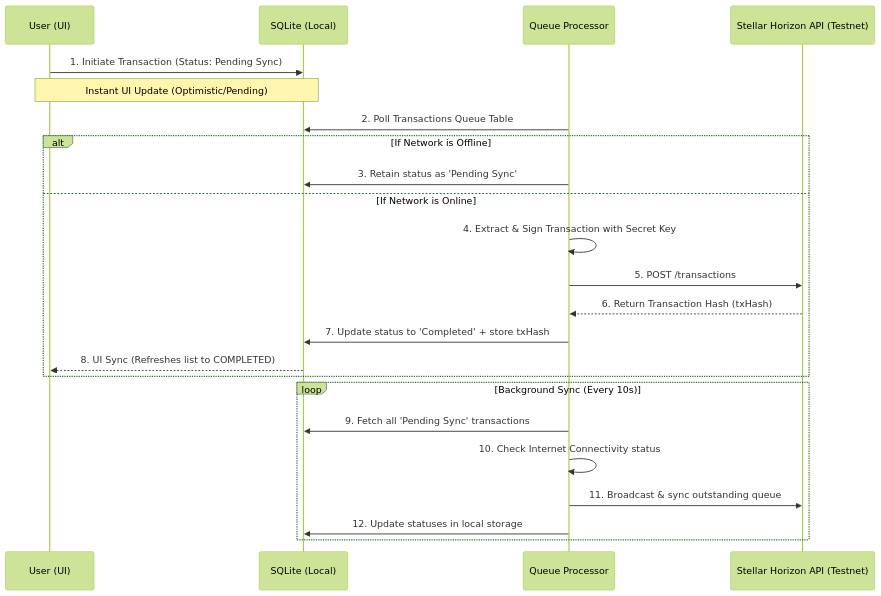
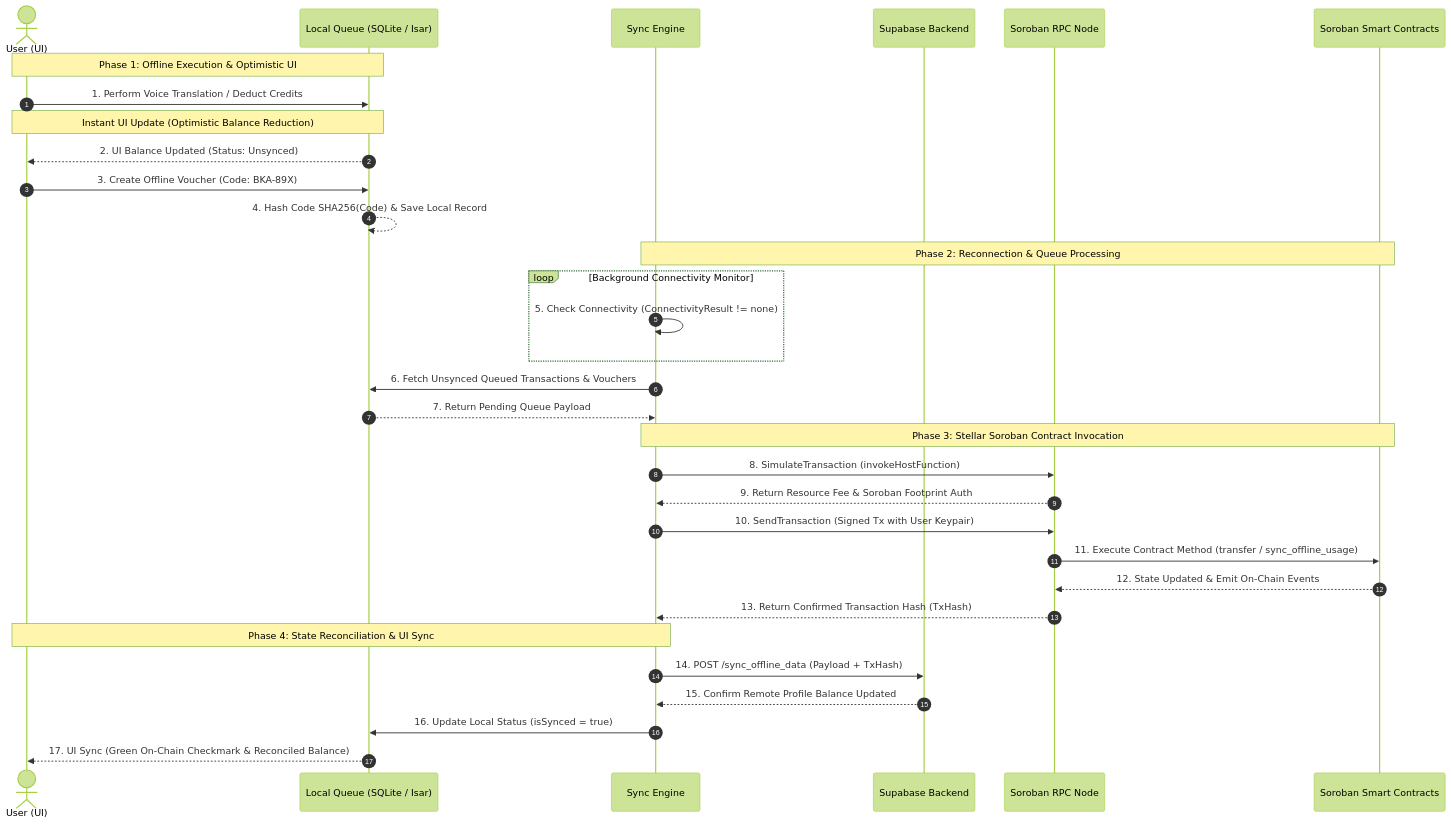
The diagram in README.md (RudrakshRakeshZodage/AI_Translator), drawn with Mermaid (forest theme) before and after one commit. The commit also changed other lines of this file and 2 other files, not shown here.

````diff
--- a/README.md
+++ b/README.md
@@ -23,29 +39,41 @@
 ```mermaid
 sequenceDiagram
-    participant User as User (UI)
-    participant DB as SQLite (Local)
-    participant QP as Queue Processor
-    participant Web3 as Stellar Horizon API (Testnet)
+    autonumber
+    actor User as User (UI)
+    participant LocalDB as Local Queue (SQLite / Isar)
+    participant Sync as Sync Engine
+    participant Supabase as Supabase Backend
+    participant RPC as Soroban RPC Node
+    participant Contract as Soroban Smart Contracts
 
-    User->>DB: 1. Initiate Transaction (Status: Pending Sync)
-    Note over User, DB: Instant UI Update (Optimistic/Pending)
+    note over User,LocalDB: Phase 1: Offline Execution & Optimistic UI
+    User->>LocalDB: 1. Perform Voice Translation / Deduct Credits
+    note over User,LocalDB: Instant UI Update (Optimistic Balance Reduction)
+    LocalDB-->>User: 2. UI Balance Updated (Status: Unsynced)
+    
+    User->>LocalDB: 3. Create Offline Voucher (Code: BKA-89X)
+    LocalDB-->>LocalDB: 4. Hash Code SHA256(Code) & Save Local Record
 
-    QP->>DB: 2. Poll Transactions Queue Table
+    note over Sync,Contract: Phase 2: Reconnection & Queue Processing
+    loop Background Connectivity Monitor
+        Sync->>Sync: 5. Check Connectivity (ConnectivityResult != none)
+    end
     
-    alt If Network is Offline
-        QP->>DB: 3. Retain status as 'Pending Sync'
-    else If Network is Online
-        QP->>QP: 4. Extract & Sign Transaction with Secret Key
-        QP->>Web3: 5. POST /transactions
-        Web3-->>QP: 6. Return Transaction Hash (txHash)
-        QP->>DB: 7. Update status to 'Completed' + store txHash
-        DB-->>User: 8. UI Sync (Refreshes list to COMPLETED)
-    end
+    Sync->>LocalDB: 6. Fetch Unsynced Queued Transactions & Vouchers
+    LocalDB-->>Sync: 7. Return Pending Queue Payload
 
-    loop Background Sync (Every 10s)
-        QP->>DB: 9. Fetch all 'Pending Sync' transactions
-        QP->>QP: 10. Check Internet Connectivity status
-        QP->>Web3: 11. Broadcast & sync outstanding queue
-        QP->>DB: 12. Update statuses in local storage
-    end
+    note over Sync,Contract: Phase 3: Stellar Soroban Contract Invocation
+    Sync->>RPC: 8. SimulateTransaction (invokeHostFunction)
+    RPC-->>Sync: 9. Return Resource Fee & Soroban Footprint Auth
+    Sync->>RPC: 10. SendTransaction (Signed Tx with User Keypair)
+    
+    RPC->>Contract: 11. Execute Contract Method (transfer / sync_offline_usage)
+    Contract-->>RPC: 12. State Updated & Emit On-Chain Events
+    RPC-->>Sync: 13. Return Confirmed Transaction Hash (TxHash)
+
+    note over Sync,User: Phase 4: State Reconciliation & UI Sync
+    Sync->>Supabase: 14. POST /sync_offline_data (Payload + TxHash)
+    Supabase-->>Sync: 15. Confirm Remote Profile Balance Updated
+    Sync->>LocalDB: 16. Update Local Status (isSynced = true)
+    LocalDB-->>User: 17. UI Sync (Green On-Chain Checkmark & Reconciled Balance)
 ```
````
